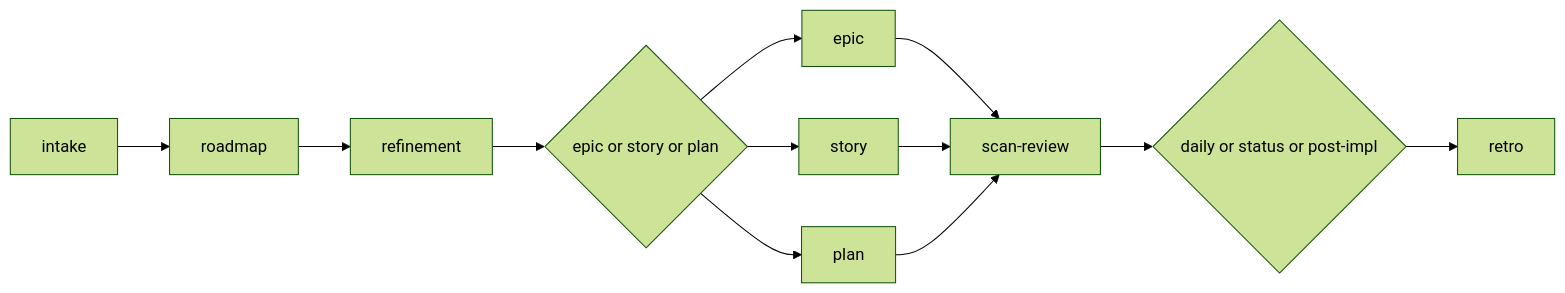
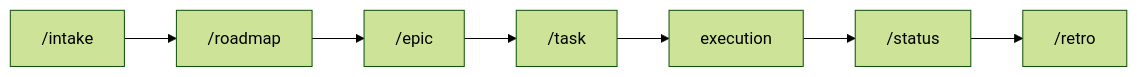
The diagram in skills/agile-onboarding/SKILL.md (djalmajr/essential-skills), drawn with Mermaid (forest theme) before and after one commit. The commit also changed other lines of this file and 60 other files, not shown here.

````diff
--- a/skills/agile-onboarding/SKILL.md
+++ b/skills/agile-onboarding/SKILL.md
@@ -35,14 +35,9 @@
    ```mermaid
    flowchart LR
-       A[intake] --> B[roadmap]
-       B --> C[refinement]
-       C --> D{epic or story or plan}
-       D --> E[epic]
-       D --> F[story]
-       D --> G[plan]
-       E --> H[scan-review]
-       F --> H
-       G --> H
-       H --> I{daily or status or post-impl}
-       I --> J[retro]
+       A["/intake"] --> B["/roadmap"]
+       B --> C["/epic"]
+       C --> D["/task"]
+       D --> E[execution]
+       E --> F["/status"]
+       F --> G["/retro"]
    ```
````
